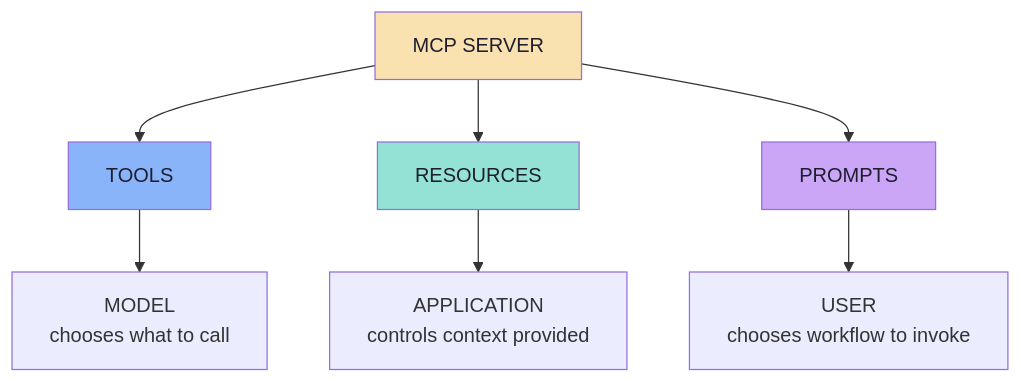
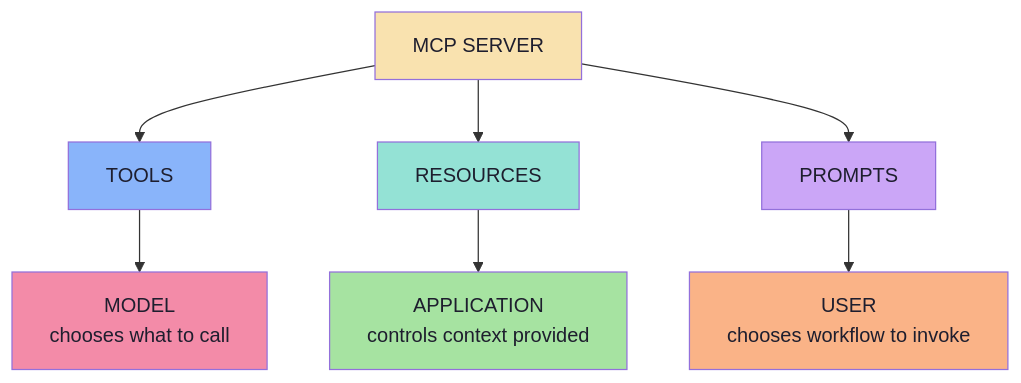
The second of 22 diagrams in Lecture 22 - MCP Resources Prompts and Gateway/notes/Lecture_22_Complete_Notes.md (Amie-dev/FDE-and-GenAI-Mastery), drawn with Mermaid before and after one commit. The commit also changed other lines of this file and 2 other files, not shown here.

````diff
--- a/Lecture 22 - MCP Resources Prompts and Gateway/notes/Lecture_22_Complete_Notes.md
+++ b/Lecture 22 - MCP Resources Prompts and Gateway/notes/Lecture_22_Complete_Notes.md
@@ -71,16 +64,19 @@
 ```mermaid
 flowchart TD
     S["MCP SERVER"]
     S --> T["TOOLS"]
     S --> R["RESOURCES"]
     S --> P["PROMPTS"]
 
     T --> M["MODEL<br/>chooses what to call"]
     R --> A["APPLICATION<br/>controls context provided"]
     P --> U["USER<br/>chooses workflow to invoke"]
 
     style S fill:#f9e2af,color:#1e1e2e
     style T fill:#89b4fa,color:#1e1e2e
     style R fill:#94e2d5,color:#1e1e2e
     style P fill:#cba6f7,color:#1e1e2e
+    style M fill:#f38ba8,color:#1e1e2e
+    style A fill:#a6e3a1,color:#1e1e2e
+    style U fill:#fab387,color:#1e1e2e
 ```
````
